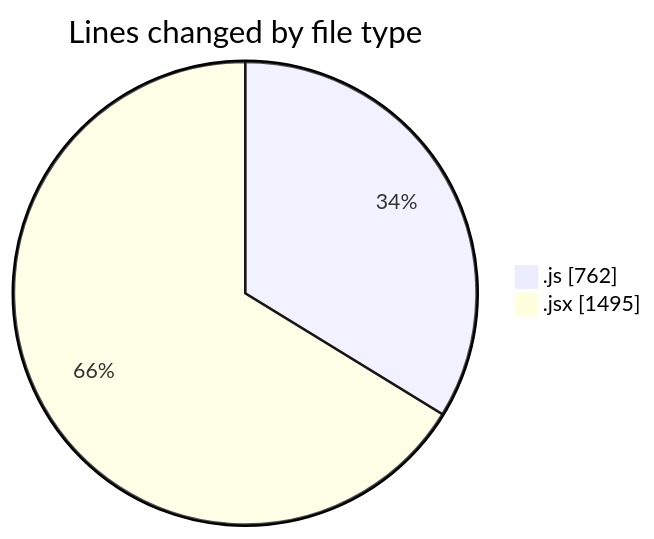
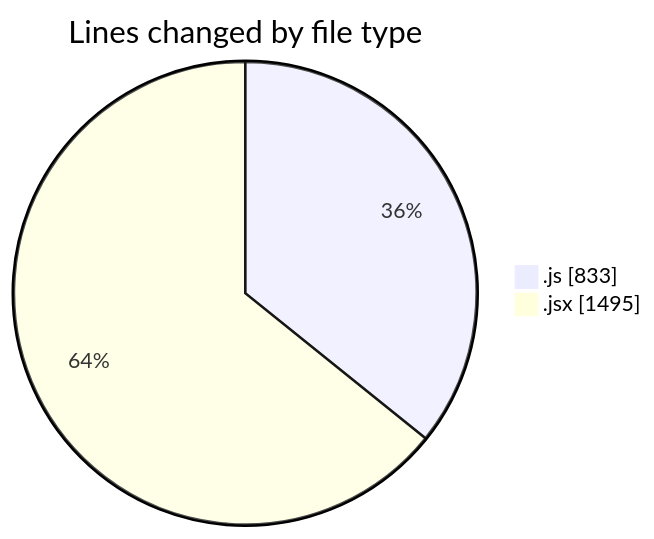
The first of 2 diagrams in 2025-07-01/argos/README.md (nxtqubesakshisongat/code-tracking), drawn with Mermaid before and after one commit. The commit also changed other lines of this file and 1 other file, not shown here.

````diff
--- a/2025-07-01/argos/README.md
+++ b/2025-07-01/argos/README.md
@@ -27,6 +28,6 @@
 ```mermaid
 pie showData
 title Lines changed by file type
-".js" : 762
+".js" : 833
 ".jsx" : 1495
 ```
````
